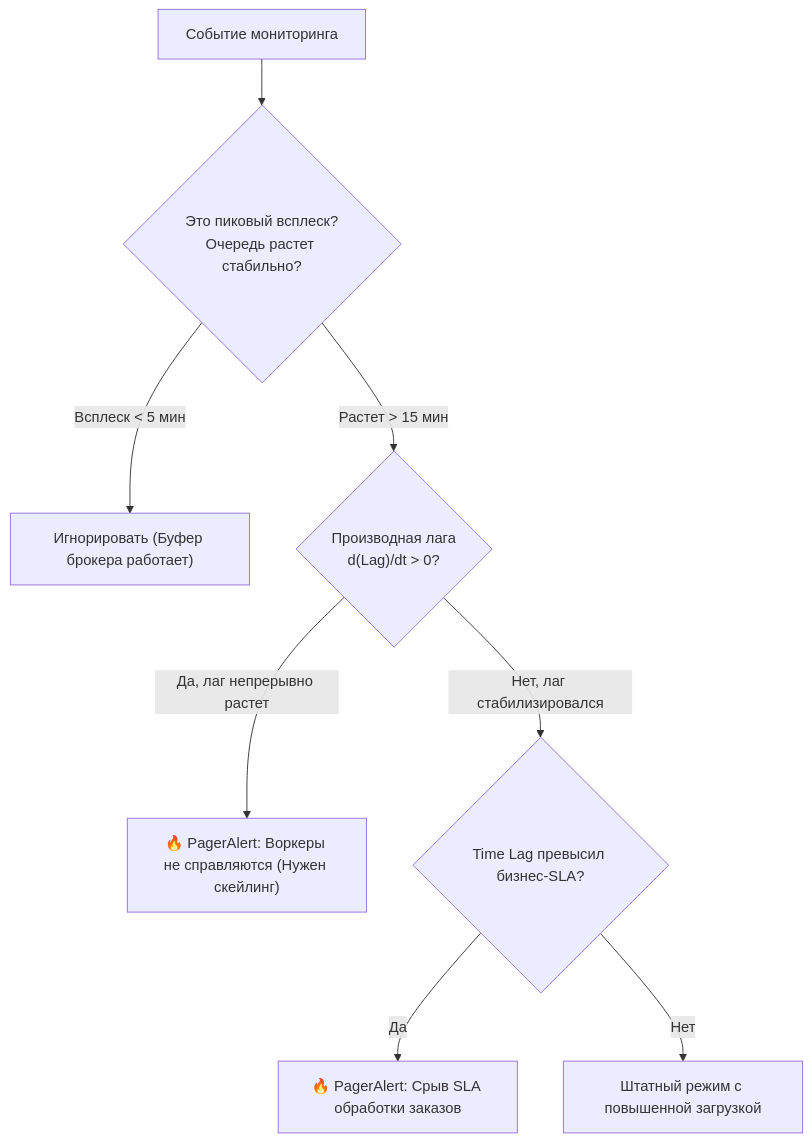
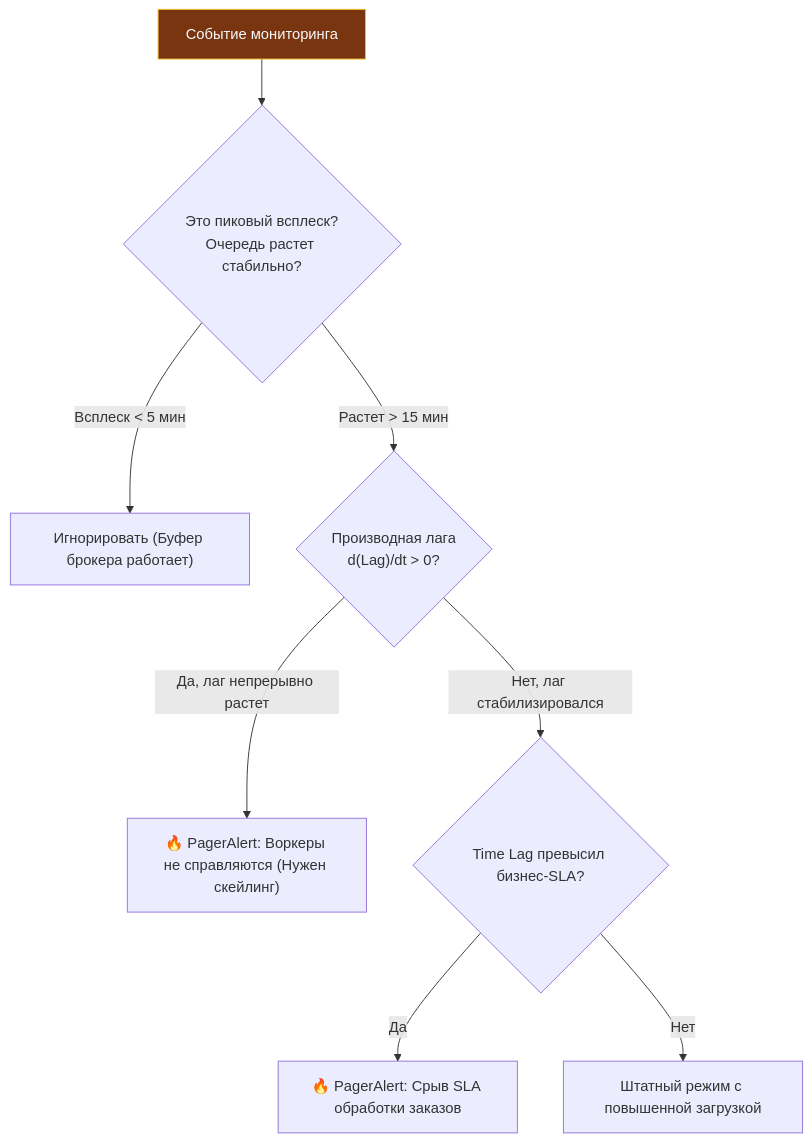
One commit to UnrealTemplier/go-textbook changed the fourth of 4 diagrams in sources/13. Очереди, брокеры сообщений и оркестраторы/07. Практика/9. Мониторинг lag и throughput.md. Above: the diagram before and after it, drawn with Mermaid. The commit also changed other lines of this file and 1666 other files, not shown here.

First line of the commit message:
feat(mermaid): add semantic color classDef to 1369 colorless flowchart/graph diagrams

````diff
--- a/sources/13. Очереди, брокеры сообщений и оркестраторы/07. Практика/9. Мониторинг lag и throughput.md
+++ b/sources/13. Очереди, брокеры сообщений и оркестраторы/07. Практика/9. Мониторинг lag и throughput.md
@@ -267,10 +297,20 @@
 ```mermaid
 flowchart TD
-    Start["Событие мониторинга"] --> Q1{"Это пиковый всплеск?<br>Очередь растет стабильно?"}
+    classDef process  fill:#1e293b,stroke:#38bdf8,stroke-width:1px,color:#f8fafc
+    classDef success  fill:#064e3b,stroke:#34d399,stroke-width:1px,color:#f8fafc
+    classDef error    fill:#7f1d1d,stroke:#f87171,stroke-width:1px,color:#f8fafc
+    classDef warning  fill:#78350f,stroke:#fbbf24,stroke-width:1px,color:#f8fafc
+    classDef entry    fill:#1e3a5f,stroke:#38bdf8,stroke-width:2px,color:#f8fafc
+    classDef aux      fill:#334155,stroke:#64748b,stroke-width:1px,color:#f8fafc
+    classDef system   fill:#312e81,stroke:#a78bfa,stroke-width:1px,color:#f8fafc
+    classDef data     fill:#132d29,stroke:#2dd4bf,stroke-width:1px,color:#f8fafc
+    classDef network  fill:#881337,stroke:#fb7185,stroke-width:1px,color:#f8fafc
+    classDef accent   fill:#1e1b4b,stroke:#818cf8,stroke-width:1px,color:#f8fafc
+    Start["Событие мониторинга"]:::warning --> Q1{"Это пиковый всплеск?<br>Очередь растет стабильно?"}
     Q1 -- "Всплеск < 5 мин" --> Ignore["Игнорировать (Буфер брокера работает)"]
     Q1 -- "Растет > 15 мин" --> Q2{"Производная лага<br>d(Lag)/dt > 0?"}
     Q2 -- "Да, лаг непрерывно растет" --> A1["🔥 PagerAlert: Воркеры не справляются (Нужен скейлинг)"]
     Q2 -- "Нет, лаг стабилизировался" --> Q3{"Time Lag превысил бизнес-SLA?"}
     Q3 -- "Да" --> A2["🔥 PagerAlert: Срыв SLA обработки заказов"]
     Q3 -- "Нет" --> OK["Штатный режим с повышенной загрузкой"]
 ```
````
